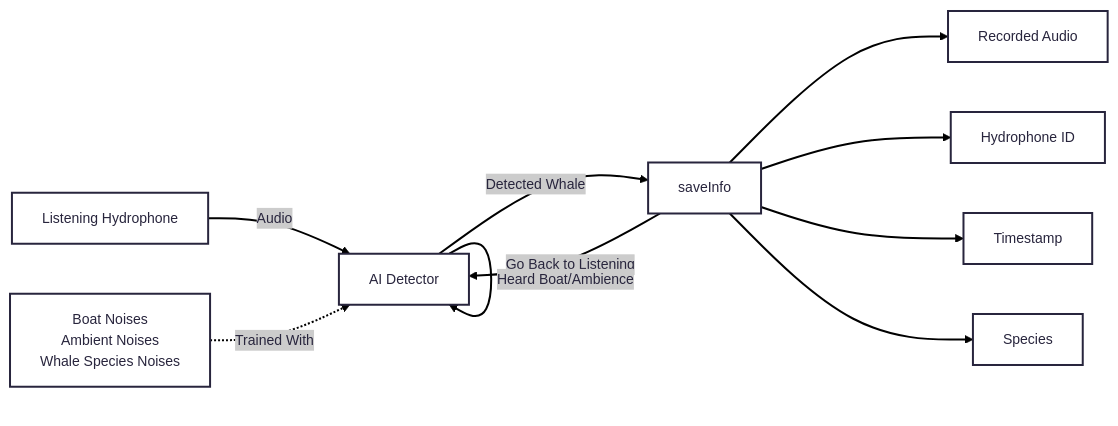
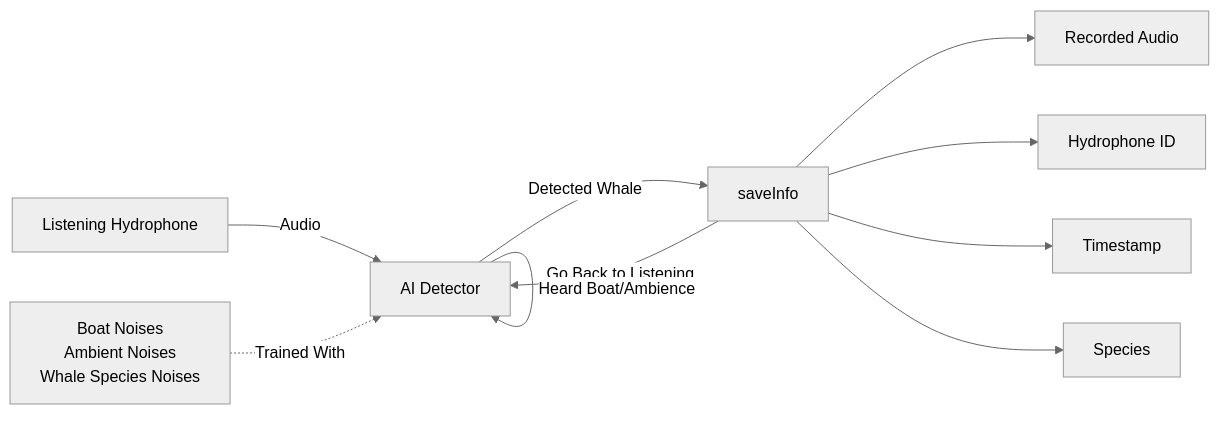
Before and after one commit to M-Kwatcher/CPSC490-G05-Fighting-Mongooses: the second of 2 diagrams in docs/design/ai-detector-design.md, drawn with Mermaid.

Commit message:
Changed Data Flow theme from 'redux' to 'neutral'

````diff
--- a/docs/design/ai-detector-design.md
+++ b/docs/design/ai-detector-design.md
@@ -47,21 +47,21 @@
 ```mermaid
 ---
 config:
-  theme: redux
+  theme: neutral
 ---
 flowchart LR
     hydrophone["Listening Hydrophone"] -- Audio --> aiDetector["AI Detector"]
     boatNoises["Boat Noises<br>Ambient Noises<br>Whale Species Noises"] -. Trained With .-> aiDetector
     aiDetector -- Detected Whale --> saveInfo["saveInfo"]
     saveInfo -- Go Back to Listening --> aiDetector
     saveInfo --> recordedAudio["Recorded Audio"] & hydrophoneID["Hydrophone ID"] & timestamp["Timestamp"] & species["Species"]
     aiDetector -- Heard Boat/Ambience --> aiDetector
 
      hydrophone
      aiDetector
      boatNoises
      recordedAudio
      hydrophoneID
      timestamp
      species
 ```
````
